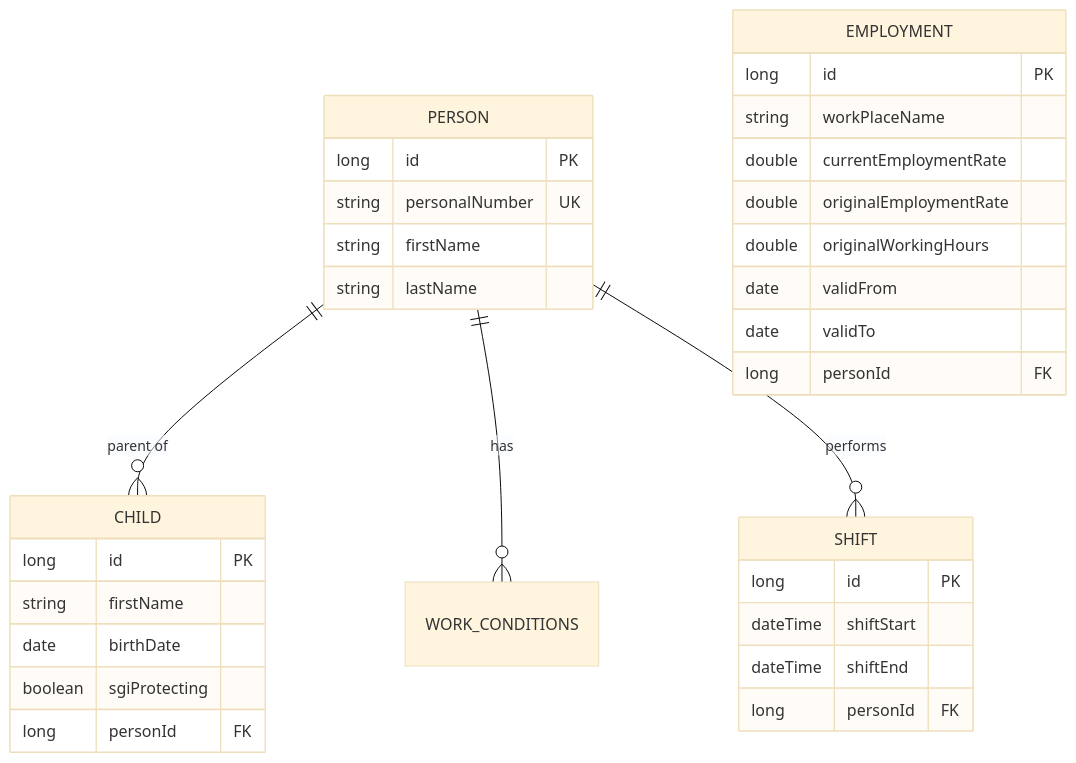
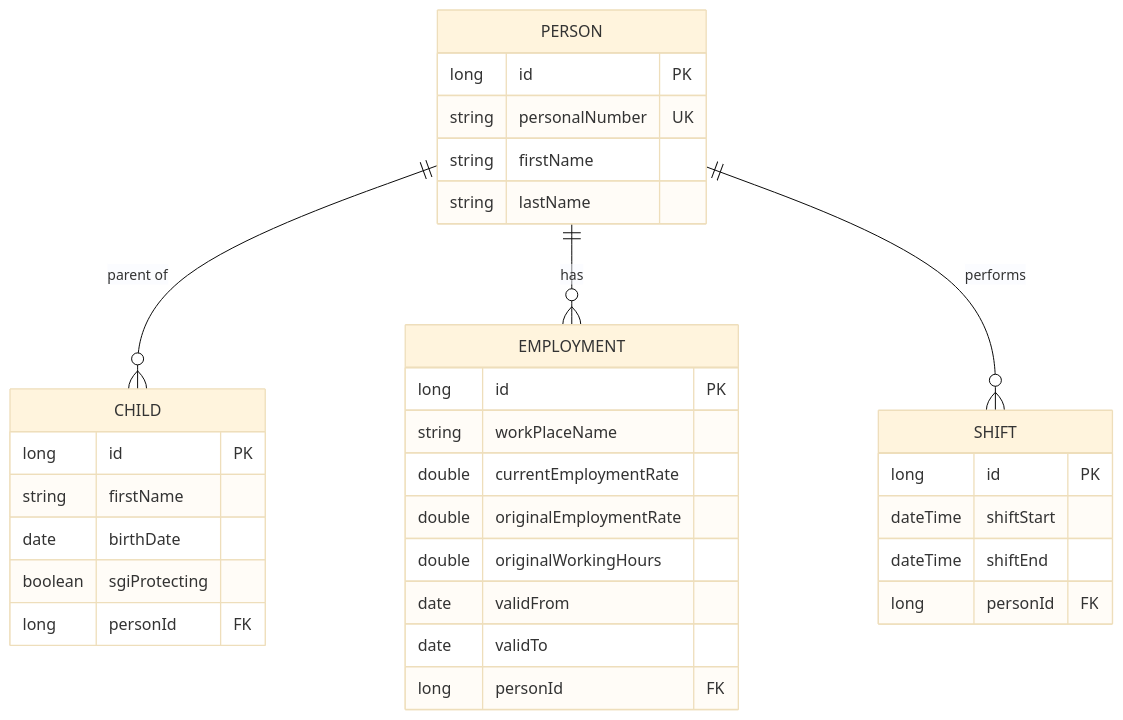
One commit to annlolil/sgi-guard changed the diagram in README.md. Above: the diagram before and after it, drawn with Mermaid (base theme). The commit also changed other lines of this file, not shown here.

First line of the commit message:
Modify ER diagram and clean up project structure

````diff
--- a/README.md
+++ b/README.md
@@ -24,39 +24,39 @@
 ```mermaid
 erDiagram
     PERSON ||--o{ CHILD : "parent of"
-    PERSON ||--o{ WORK_CONDITIONS : "has"
+    PERSON ||--o{ EMPLOYMENT : "has"
     PERSON ||--o{ SHIFT : "performs"
 
     PERSON {
         long id PK
         string personalNumber UK
         string firstName
         string lastName
     }
 
     CHILD {
         long id PK
         string firstName
         date birthDate
         boolean sgiProtecting
         long personId FK
     }
 
     EMPLOYMENT {
         long id PK
         string workPlaceName
         double currentEmploymentRate
         double originalEmploymentRate
         double originalWorkingHours
         date validFrom
         date validTo
         long personId FK
     }
 
     SHIFT {
         long id PK
         dateTime shiftStart
         dateTime shiftEnd
         long personId FK
     }
 ```
````
